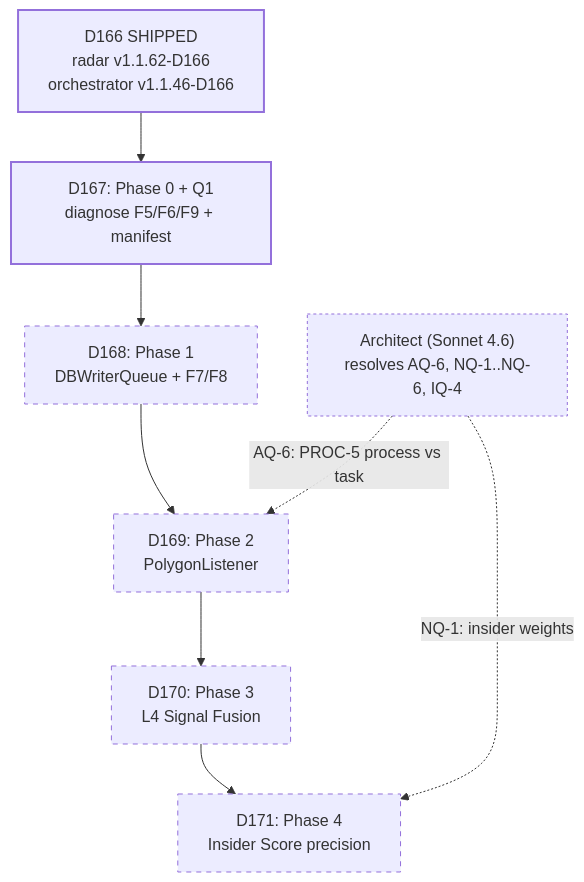
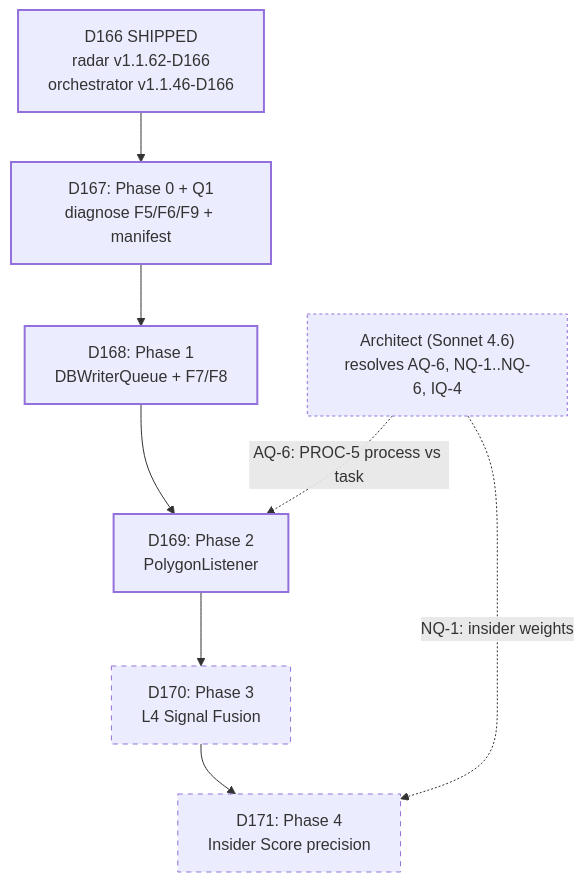
Before and after one commit to w062c30/panopticon-private-v2: the diagram in .cursor/plans/D167_D171_master_index.md, drawn with Mermaid. The commit also changed other lines of this file and 6 other files, not shown here.

Commit message:
D168: DBWriterQueue + analysis_worker retry; locked 109->9

````diff
--- a/.cursor/plans/D167_D171_master_index.md
+++ b/.cursor/plans/D167_D171_master_index.md
@@ -59,25 +59,25 @@
 ```mermaid
 flowchart TD
   D166["D166 SHIPPED<br/>radar v1.1.62-D166<br/>orchestrator v1.1.46-D166"]:::done
   D167["D167: Phase 0 + Q1<br/>diagnose F5/F6/F9 + manifest"]:::ready
-  D168["D168: Phase 1<br/>DBWriterQueue + F7/F8"]:::pending
-  D169["D169: Phase 2<br/>PolygonListener"]:::blocked
+  D168["D168: Phase 1<br/>DBWriterQueue + F7/F8"]:::done
+  D169["D169: Phase 2<br/>PolygonListener"]:::ready
   D170["D170: Phase 3<br/>L4 Signal Fusion"]:::blocked
   D171["D171: Phase 4<br/>Insider Score precision"]:::blocked
 
   Architect["Architect (Sonnet 4.6)<br/>resolves AQ-6, NQ-1..NQ-6, IQ-4"]:::decision
 
   D166 --> D167
   D167 --> D168
   D168 --> D169
   Architect -.->|"AQ-6: PROC-5 process vs task"| D169
   D169 --> D170
   Architect -.->|"NQ-1: insider weights"| D171
   D170 --> D171
 
   classDef done stroke-width:2px
   classDef ready stroke-width:2px
   classDef pending stroke-dasharray:5
   classDef blocked stroke-dasharray:5
   classDef decision stroke-dasharray:3
 ```
````
